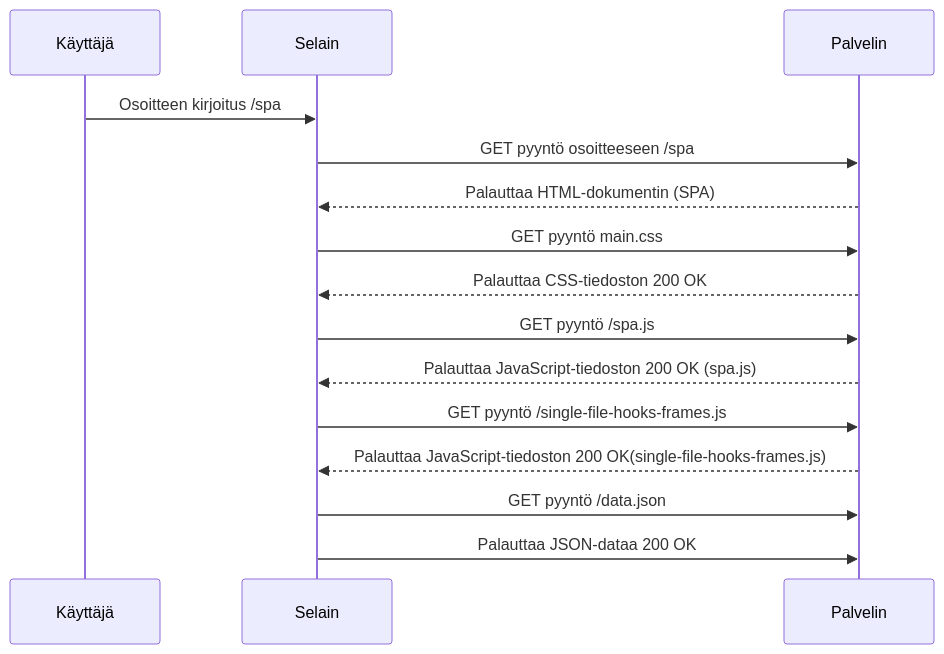
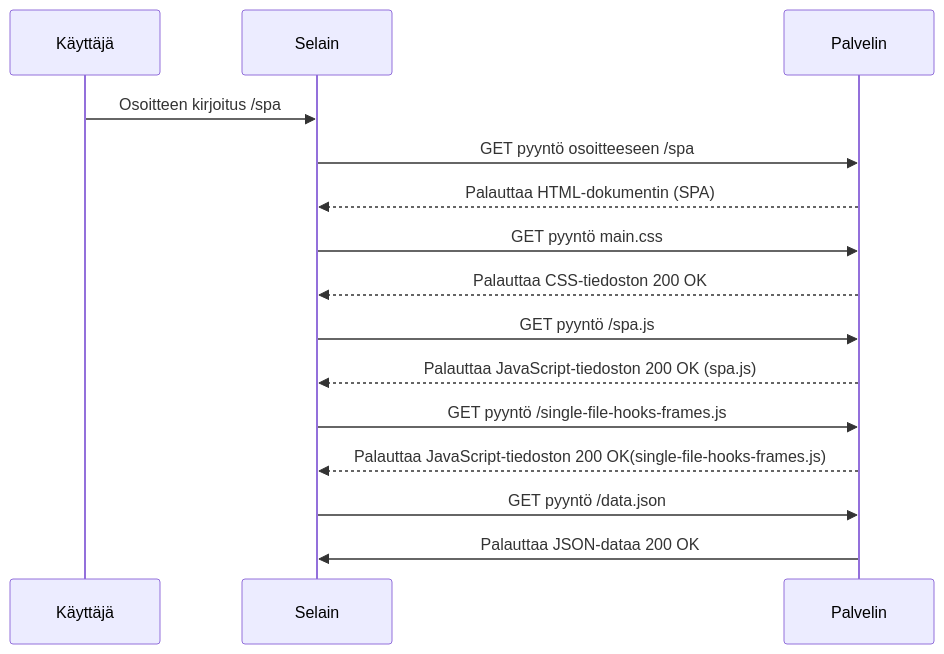
The diagram in 0.5.md (HannaMoi/osa0), drawn with Mermaid before and after one commit.

Commit message:
virheen korjaus

````diff
--- a/0.5.md
+++ b/0.5.md
@@ -1,20 +1,20 @@
 ```mermaid
 sequenceDiagram
     participant Käyttäjä
     participant Selain
     participant Palvelin
 
     Käyttäjä->>Selain: Osoitteen kirjoitus /spa
     Selain->>Palvelin: GET pyyntö osoitteeseen /spa
     Palvelin-->>Selain: Palauttaa HTML-dokumentin (SPA)
     Selain->>Palvelin: GET pyyntö main.css
     Palvelin-->>Selain: Palauttaa CSS-tiedoston 200 OK
     Selain->>Palvelin: GET pyyntö /spa.js
     Palvelin-->>Selain: Palauttaa JavaScript-tiedoston 200 OK (spa.js)
     Selain->>Palvelin: GET pyyntö /single-file-hooks-frames.js
     Palvelin-->>Selain: Palauttaa JavaScript-tiedoston 200 OK(single-file-hooks-frames.js)
     Selain->>Palvelin: GET pyyntö /data.json
-    Selain->>Palvelin: Palauttaa JSON-dataa 200 OK
+    Palvelin->>Selain: Palauttaa JSON-dataa 200 OK
    
     
 ```
````
